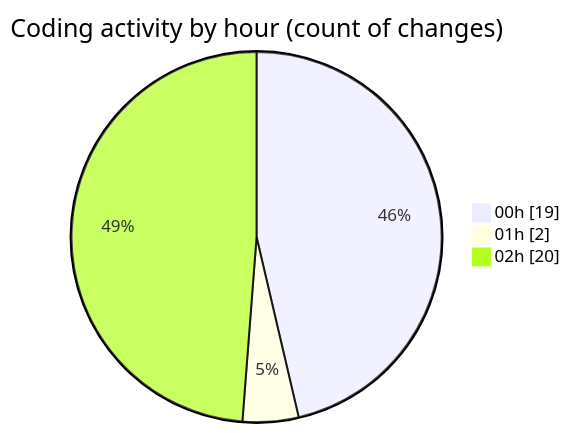
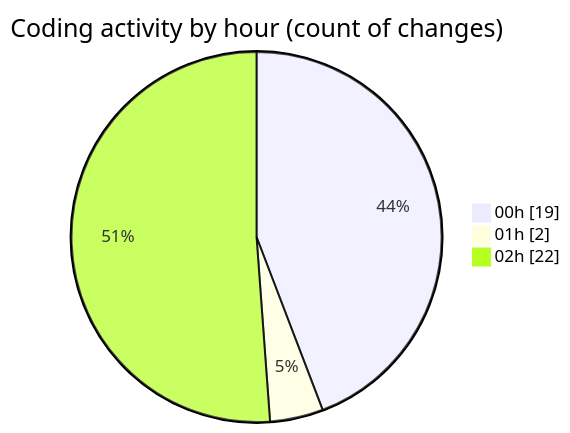
The second of 2 diagrams in 2025-10-21/eventscop-frontend-guide__workspace_/README.md (julien-gomy/code-tracking), drawn with Mermaid before and after one commit. The commit also changed other lines of this file and 1 other file, not shown here.

````diff
--- a/2025-10-21/eventscop-frontend-guide__workspace_/README.md
+++ b/2025-10-21/eventscop-frontend-guide__workspace_/README.md
@@ -41,7 +43,7 @@
 ```mermaid
 pie showData
 title Coding activity by hour (count of changes)
 "00h" : 19
 "01h" : 2
-"02h" : 20
+"02h" : 22
 ```
````
